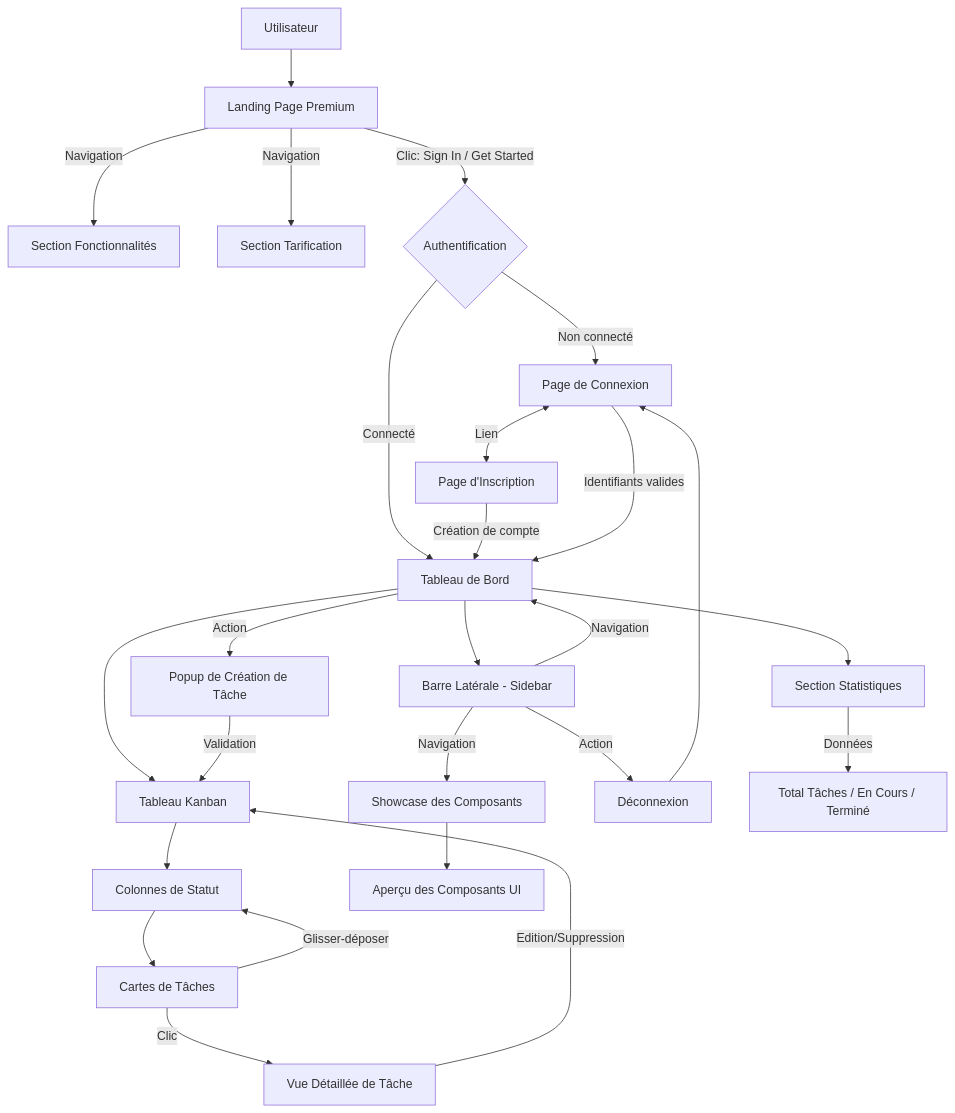
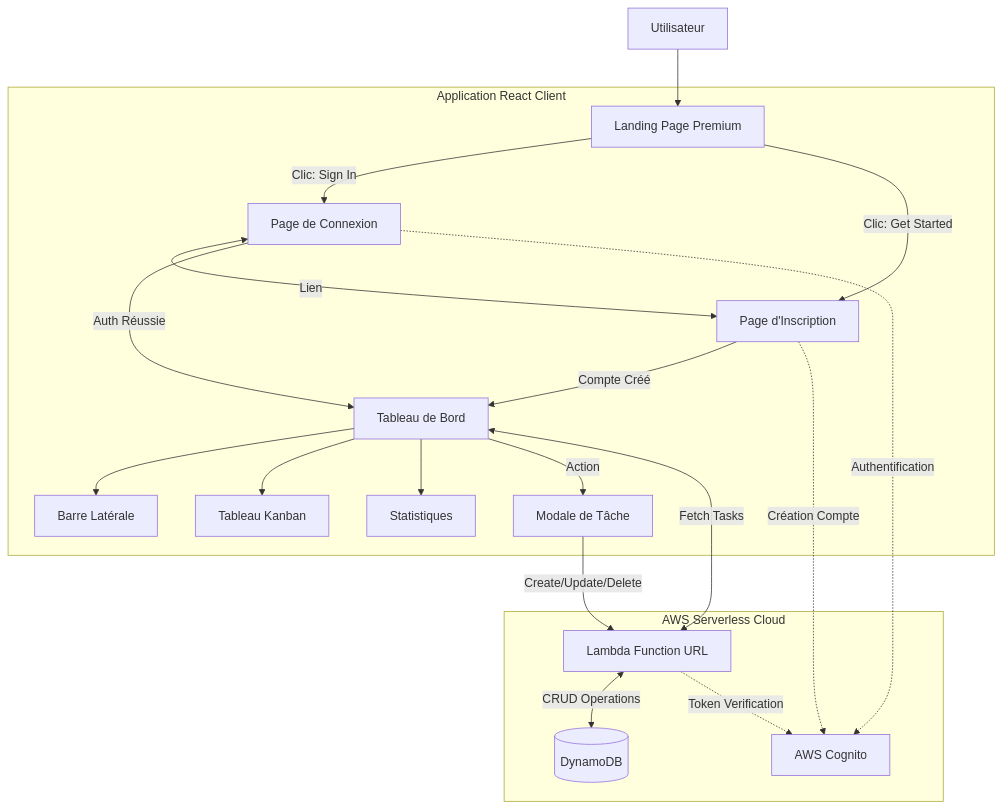
One commit to AkramMoussaoui/taskflow-front changed the diagram in diagramme_fonctionnel.md. Above: the diagram before and after it, drawn with Mermaid. The commit also changed 10 other files, not shown here.

Commit message:
feat: Implement core user authentication (login, signup, password reset) and initial dashboard UI with updated dependencies and documentation.

````diff
--- a/diagramme_fonctionnel.md
+++ b/diagramme_fonctionnel.md
@@ -10,37 +10,34 @@
 ```mermaid
 graph TD
     User[Utilisateur] --> LP[Landing Page Premium]
-    LP -->|Navigation| Features[Section Fonctionnalités]
-    LP -->|Navigation| Pricing[Section Tarification]
-    LP -->|Clic: Sign In / Get Started| B{Authentification}
     
-    B -->|Non connecté| C[Page de Connexion]
-    B -->|Connecté| D[Tableau de Bord]
+    subgraph Frontend [Application React Client]
+        LP -->|Clic: Sign In| Login[Page de Connexion]
+        LP -->|Clic: Get Started| Signup[Page d'Inscription]
+        
+        Login <-->|Lien| Signup
+        
+        Login -->|Auth Réussie| Dashboard[Tableau de Bord]
+        Signup -->|Compte Créé| Dashboard
+        
+        Dashboard --> Sidebar[Barre Latérale]
+        Dashboard --> Kanban[Tableau Kanban]
+        Dashboard --> Stats[Statistiques]
+        Dashboard -->|Action| TaskModal[Modale de Tâche]
+    end
+
+    subgraph Backend [AWS Serverless Cloud]
+        API[Lambda Function URL]
+        Auth[AWS Cognito]
+        DB[(DynamoDB)]
+    end
+
+    Login -.->|Authentification| Auth
+    Signup -.->|Création Compte| Auth
     
-    C <-->|Lien| Signup[Page d'Inscription]
-    Signup -->|Création de compte| D
+    Dashboard <-->|Fetch Tasks| API
+    TaskModal -->|Create/Update/Delete| API
     
-    C -->|Identifiants valides| D
-    
-    D --> E[Barre Latérale - Sidebar]
-    D --> F[Section Statistiques]
-    D --> G[Tableau Kanban]
-    D -->|Action| CT[Popup de Création de Tâche]
-    CT -->|Validation| G
-    
-    E -->|Navigation| D
-    E -->|Navigation| H[Showcase des Composants]
-    E -->|Action| I[Déconnexion]
-    
-    F -->|Données| J[Total Tâches / En Cours / Terminé]
-    
-    G --> K[Colonnes de Statut]
-    K --> L[Cartes de Tâches]
-    L -->|Glisser-déposer| K
-    L -->|Clic| DV[Vue Détaillée de Tâche]
-    DV -->|Edition/Suppression| G
-    
-    H --> M[Aperçu des Composants UI]
-    
-    I --> C
+    API <-->|CRUD Operations| DB
+    API -.->|Token Verification| Auth
 ```
````
